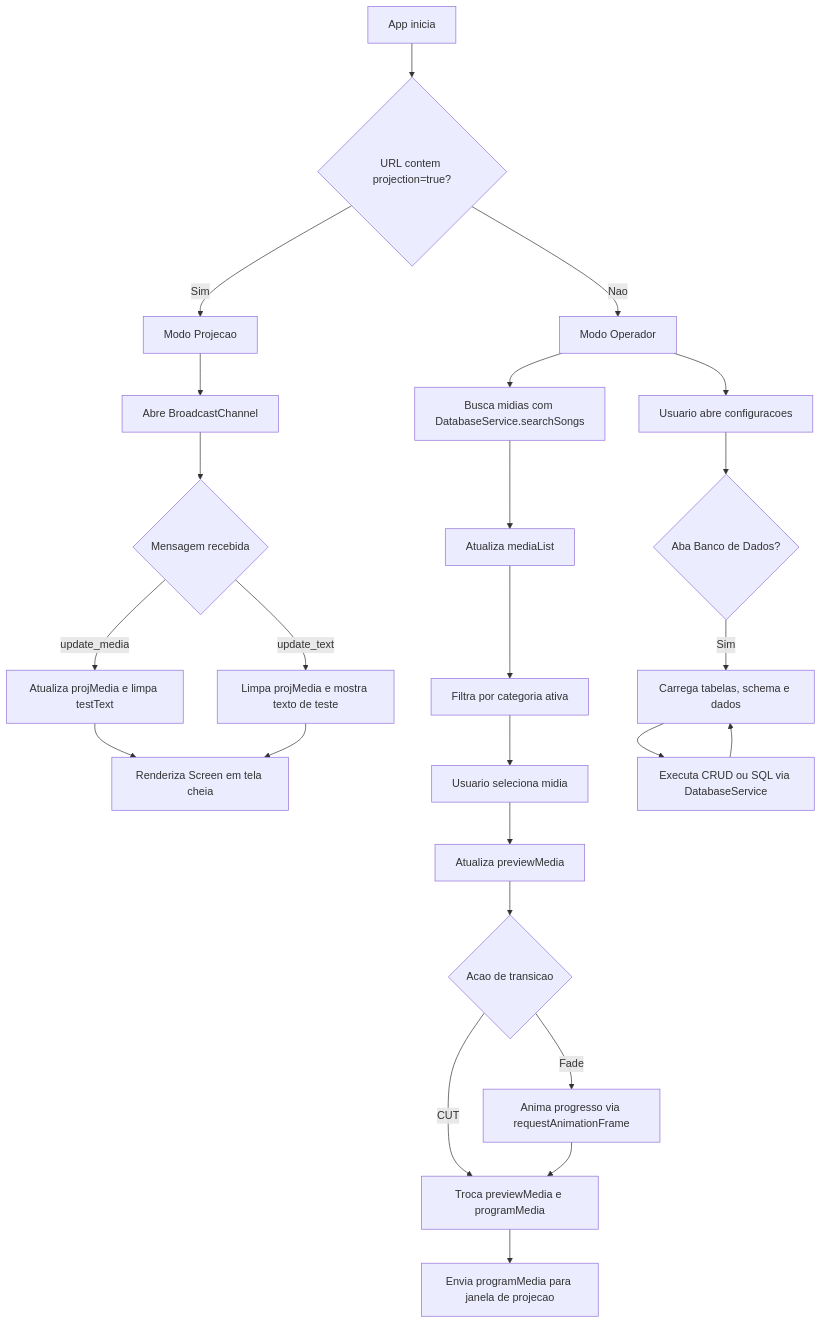
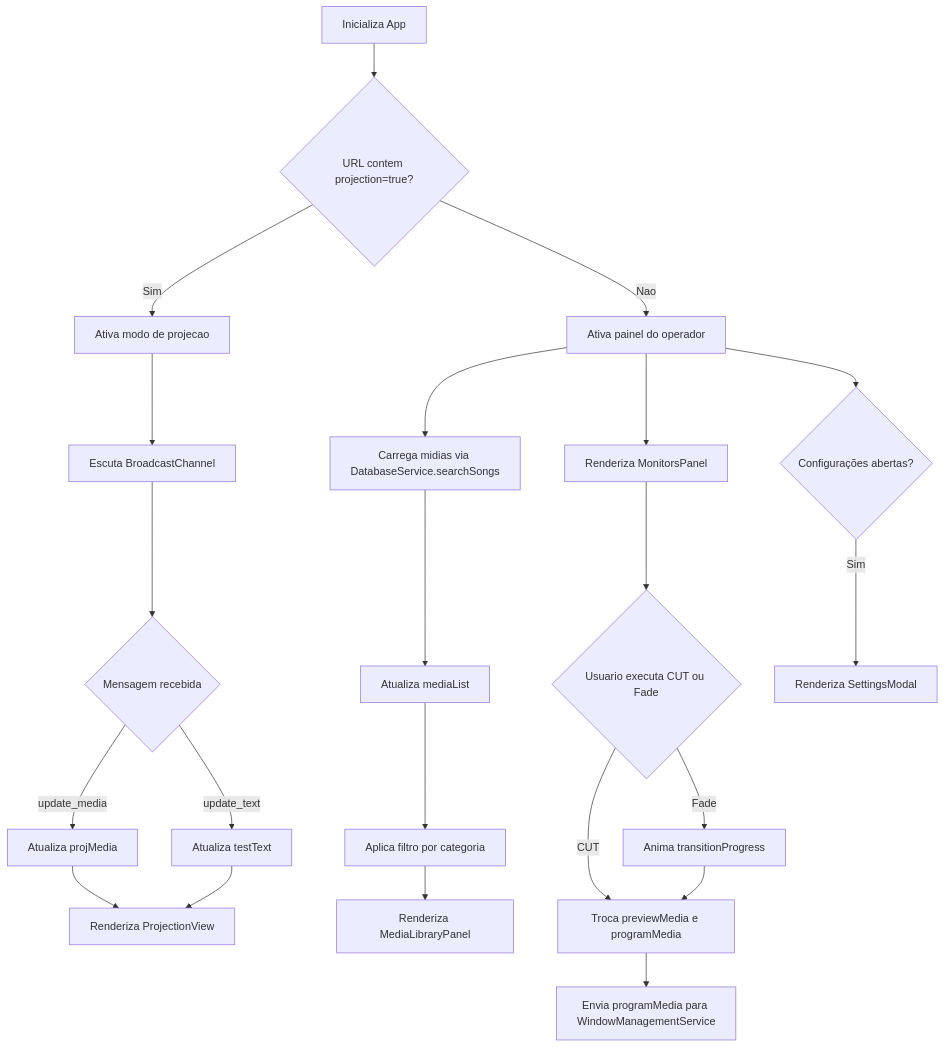
The diagram in Documentacao/src/App.tsx.md (0victor73/StageVision), drawn with Mermaid before and after one commit. The commit also changed other lines of this file and 20 other files, not shown here.

````diff
--- a/Documentacao/src/App.tsx.md
+++ b/Documentacao/src/App.tsx.md
@@ -50,29 +37,25 @@
 ```mermaid
 graph TD
-    A[App inicia] --> B{URL contem projection=true?}
-    B -->|Sim| C[Modo Projecao]
-    C --> D[Abre BroadcastChannel]
+    A[Inicializa App] --> B{URL contem projection=true?}
+    B -->|Sim| C[Ativa modo de projecao]
+    C --> D[Escuta BroadcastChannel]
     D --> E{Mensagem recebida}
-    E -->|update_media| F[Atualiza projMedia e limpa testText]
-    E -->|update_text| G[Limpa projMedia e mostra texto de teste]
-    F --> H[Renderiza Screen em tela cheia]
+    E -->|update_media| F[Atualiza projMedia]
+    E -->|update_text| G[Atualiza testText]
+    F --> H[Renderiza ProjectionView]
     G --> H
 
-    B -->|Nao| I[Modo Operador]
-    I --> J[Busca midias com DatabaseService.searchSongs]
+    B -->|Nao| I[Ativa painel do operador]
+    I --> J[Carrega midias via DatabaseService.searchSongs]
     J --> K[Atualiza mediaList]
-    K --> L[Filtra por categoria ativa]
-    L --> M[Usuario seleciona midia]
-    M --> N[Atualiza previewMedia]
-    N --> O{Acao de transicao}
+    K --> L[Aplica filtro por categoria]
+    L --> M[Renderiza MediaLibraryPanel]
+    I --> N[Renderiza MonitorsPanel]
+    N --> O{Usuario executa CUT ou Fade}
     O -->|CUT| P[Troca previewMedia e programMedia]
-    O -->|Fade| Q[Anima progresso via requestAnimationFrame]
+    O -->|Fade| Q[Anima transitionProgress]
     Q --> P
-    P --> R[Envia programMedia para janela de projecao]
-
-    I --> S[Usuario abre configuracoes]
-    S --> T{Aba Banco de Dados?}
-    T -->|Sim| U[Carrega tabelas, schema e dados]
-    U --> V[Executa CRUD ou SQL via DatabaseService]
-    V --> U
+    P --> R[Envia programMedia para WindowManagementService]
+    I --> S{Configurações abertas?}
+    S -->|Sim| T[Renderiza SettingsModal]
 ```
````
